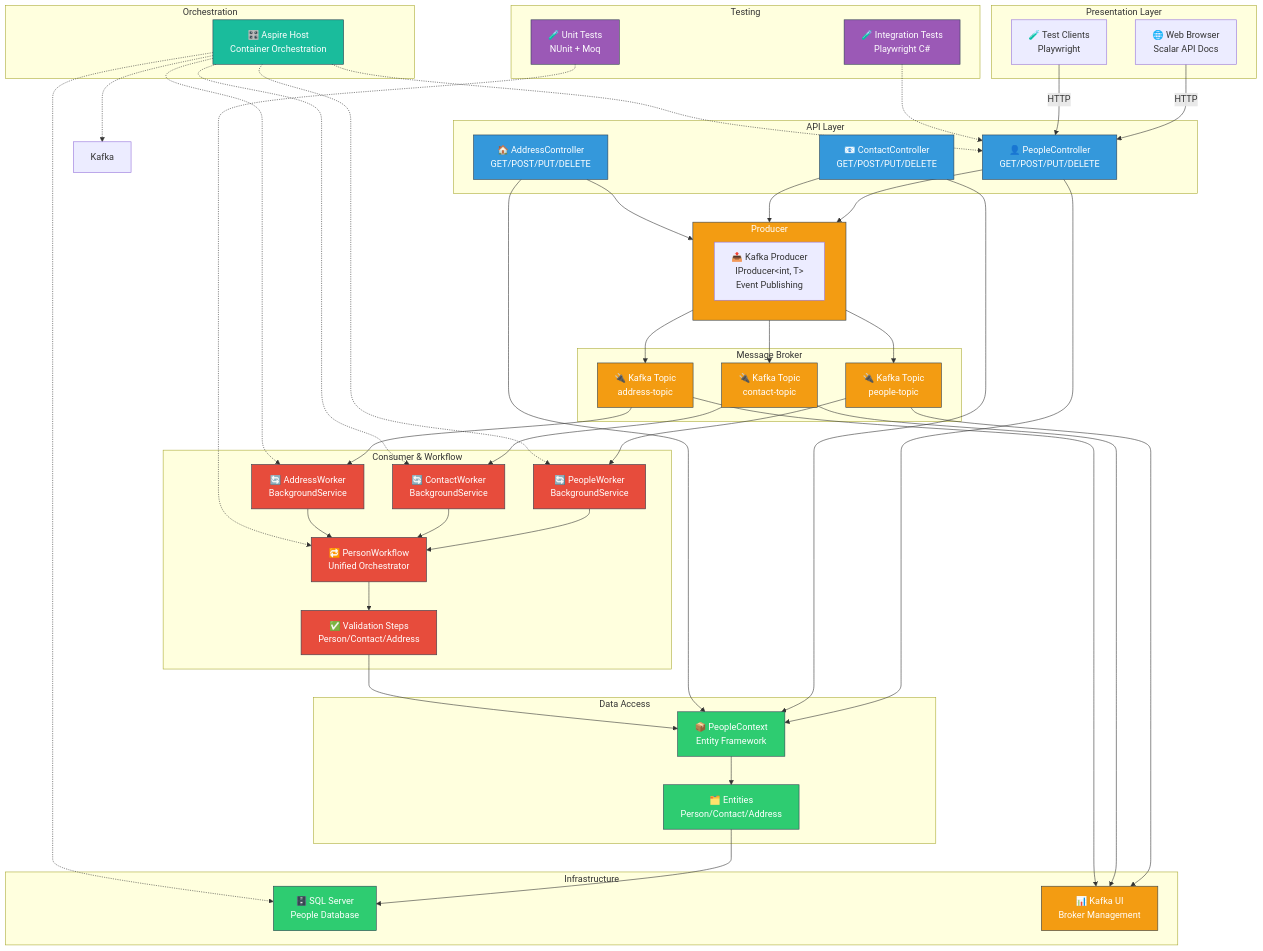
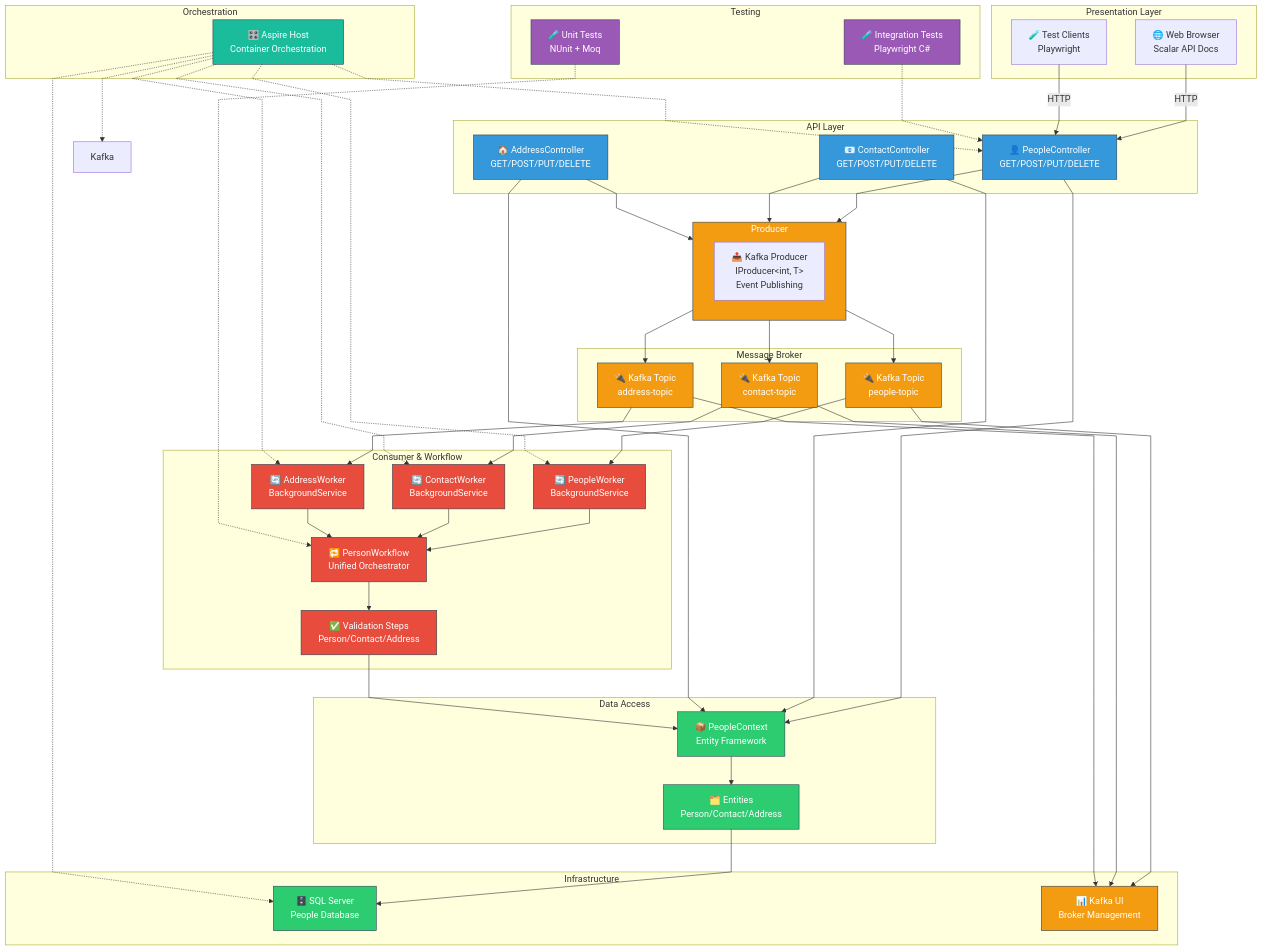
One commit to WholeBit-Solutions/distributed-workflow changed the first of 15 diagrams in ARCHITECTURE_DIAGRAMS.md. Above: the diagram before and after it, drawn with Mermaid. The commit also changed other lines of this file, not shown here.

````diff
--- a/ARCHITECTURE_DIAGRAMS.md
+++ b/ARCHITECTURE_DIAGRAMS.md
@@ -5,5 +5,5 @@
 ```mermaid
-%%{init: {'flowchart': {'curve': 'basis'}}}%%
+%%{init: {'flowchart': {'curve': 'linear'}}}%%
 graph TB
     subgraph "Presentation Layer"
         WebUI["🌐 Web Browser<br/>Scalar API Docs"]
````
